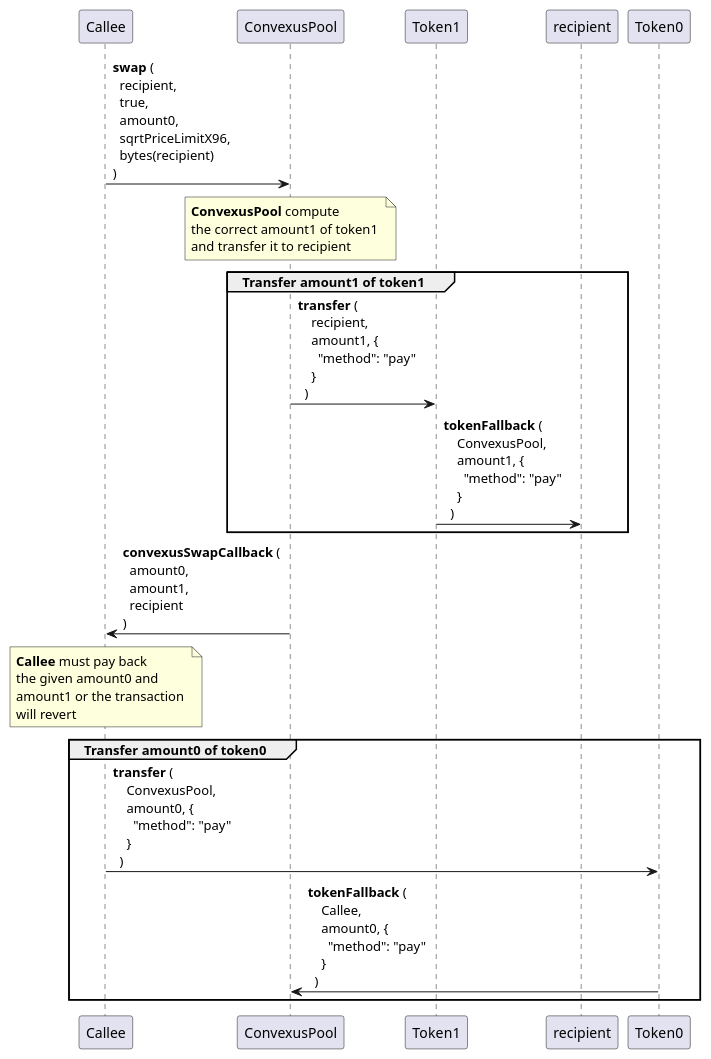
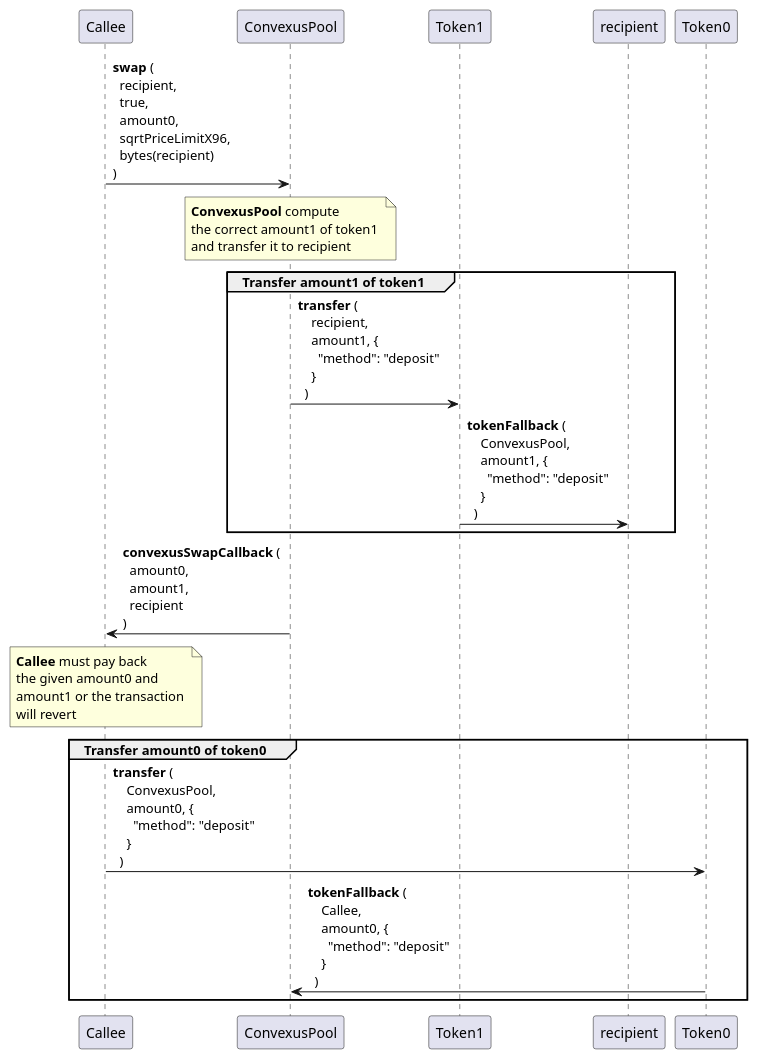
One commit to Convexus-Protocol/AMM-docs changed the diagram in core-layer/pool/uml/swap.plantuml. Above: the diagram before and after it, drawn with PlantUML. The commit also changed 1 other file, not shown here.

Commit message:
Update "pay" callback by "deposit"

```diff
--- a/core-layer/pool/uml/swap.plantuml
+++ b/core-layer/pool/uml/swap.plantuml
@@ -1,66 +1,66 @@
 @startuml Token Swap
 
 ' The Callee contract performs the swap method
 Callee -> ConvexusPool : **swap** ( \n\
   recipient, \n\
   true, \n\
   amount0, \n\
   sqrtPriceLimitX96, \n\
   bytes(recipient) \n\
 )
 
 note over ConvexusPool : \
 **ConvexusPool** compute \n\
 the correct amount1 of token1 \n\
 and transfer it to recipient
 
 
 group Transfer amount1 of token1
   ' The swapped tokens are paid back to the recipient
   ConvexusPool -> Token1 : **transfer** ( \n\
     recipient, \n\
     amount1, { \n\
-      "method": "pay" \n\
+      "method": "deposit" \n\
     } \n\
   )
 
   Token1 -> recipient : **tokenFallback** ( \n\
     ConvexusPool, \n\
     amount1, { \n\
-      "method": "pay" \n\
+      "method": "deposit" \n\
     } \n\
   )
 end group
 
 ConvexusPool -> Callee : **convexusSwapCallback** ( \n\
   amount0, \n\
   amount1, \n\
   recipient \n\
 )
 
 note over Callee : \
 **Callee** must pay back \n\
 the given amount0 and \n\
 amount1 or the transaction \n\
 will revert
 
 group Transfer amount0 of token0
 
   ' The Callee contract send the required amount0 of token0
   Callee -> Token0 : **transfer** ( \n\
     ConvexusPool, \n\
     amount0, { \n\
-      "method": "pay" \n\
+      "method": "deposit" \n\
     } \n\
   )
 
   Token0 -> ConvexusPool : **tokenFallback** ( \n\
     Callee, \n\
     amount0, { \n\
-      "method": "pay" \n\
+      "method": "deposit" \n\
     } \n\
   )
 
 end group
 
 @enduml
```
